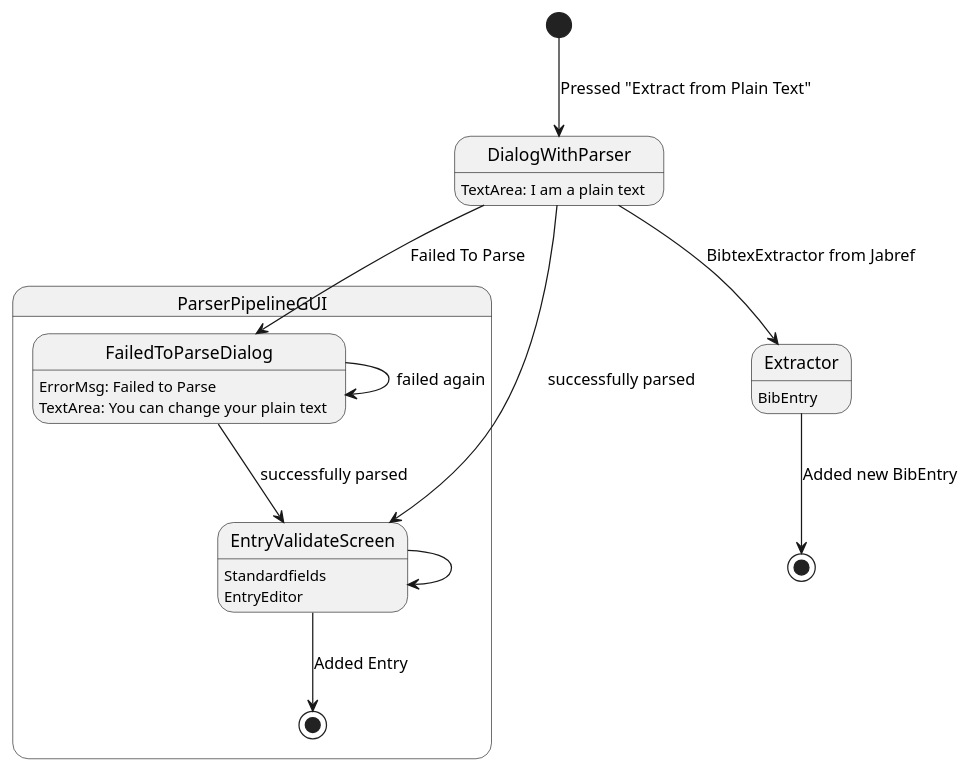
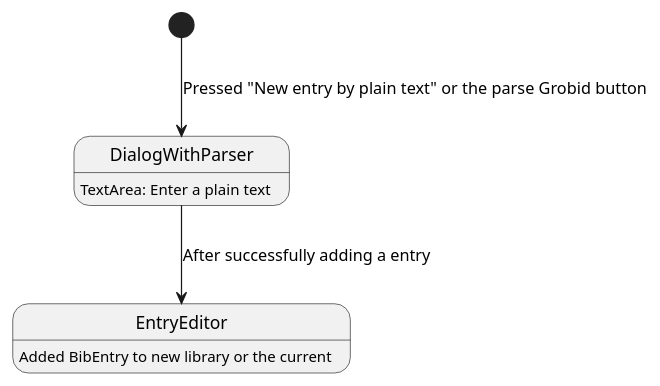
The diagram in docs/sweng/TechnicalDocumentation/StateDiagramGUI.puml (JabRef/jabref), drawn with PlantUML before and after one commit. The commit also changed 5 other files, not shown here.

```diff
--- a/docs/sweng/TechnicalDocumentation/StateDiagramGUI.puml
+++ b/docs/sweng/TechnicalDocumentation/StateDiagramGUI.puml
@@ -1,26 +1,14 @@
 @startuml
 
-[*] --> DialogWithParser : Pressed "Extract from Plain Text"
-DialogWithParser: TextArea: I am a plain text
-state ParserPipelineGUI{
-DialogWithParser --> FailedToParseDialog : Failed To Parse
-FailedToParseDialog: ErrorMsg: Failed to Parse
-FailedToParseDialog: TextArea: You can change your plain text
-FailedToParseDialog --> FailedToParseDialog : failed again
-DialogWithParser --> EntryValidateScreen : successfully parsed
-EntryValidateScreen: Standardfields
-EntryValidateScreen: EntryEditor
-EntryValidateScreen --> EntryValidateScreen
-FailedToParseDialog --> EntryValidateScreen : successfully parsed
-EntryValidateScreen --> [*] : Added Entry
-}
-DialogWithParser --> Extractor : BibtexExtractor from Jabref
-Extractor: BibEntry
-Extractor --> [*] : Added new BibEntry
+[*] --> DialogWithParser : Pressed "New entry by plain text" or the parse Grobid button
+DialogWithParser: TextArea: Enter a plain text
+DialogWithParser --> EntryEditor : After successfully adding a entry
+EntryEditor: Added BibEntry to new library or the current
+
 
 
 
 
 
 
 @enduml
```
